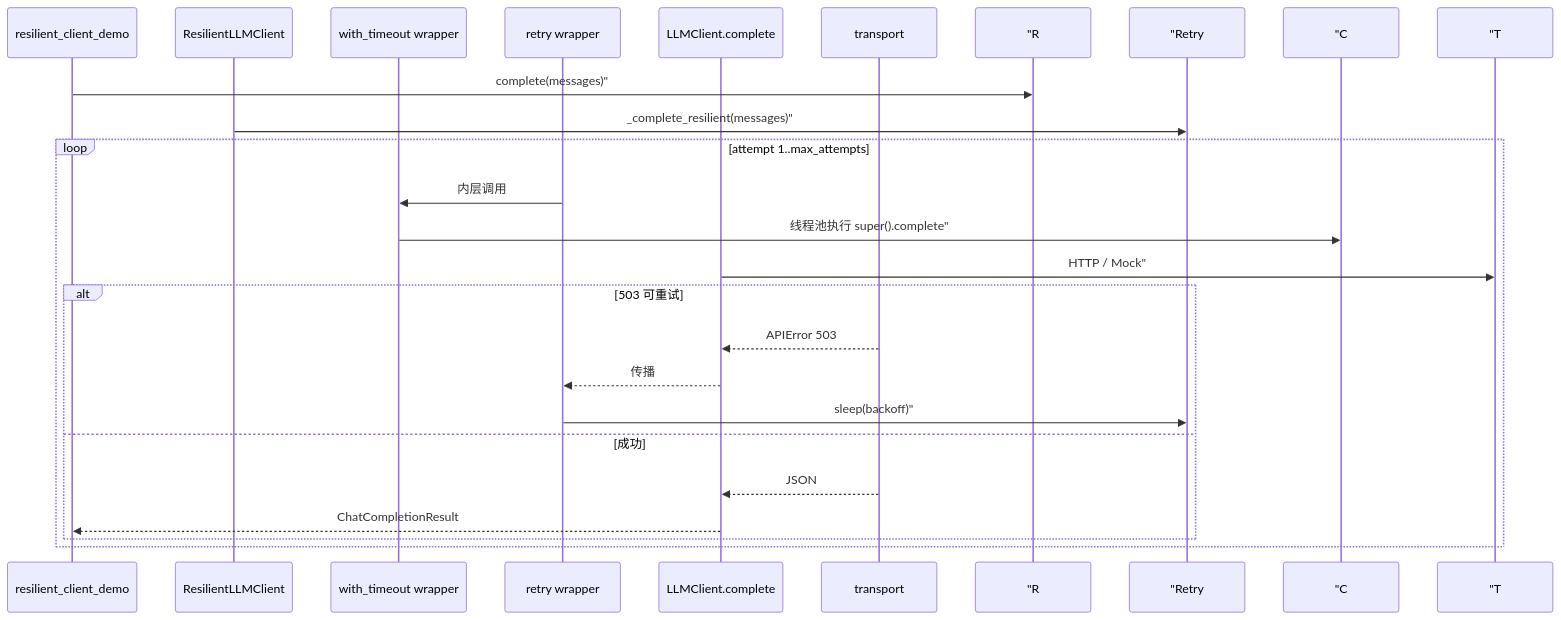
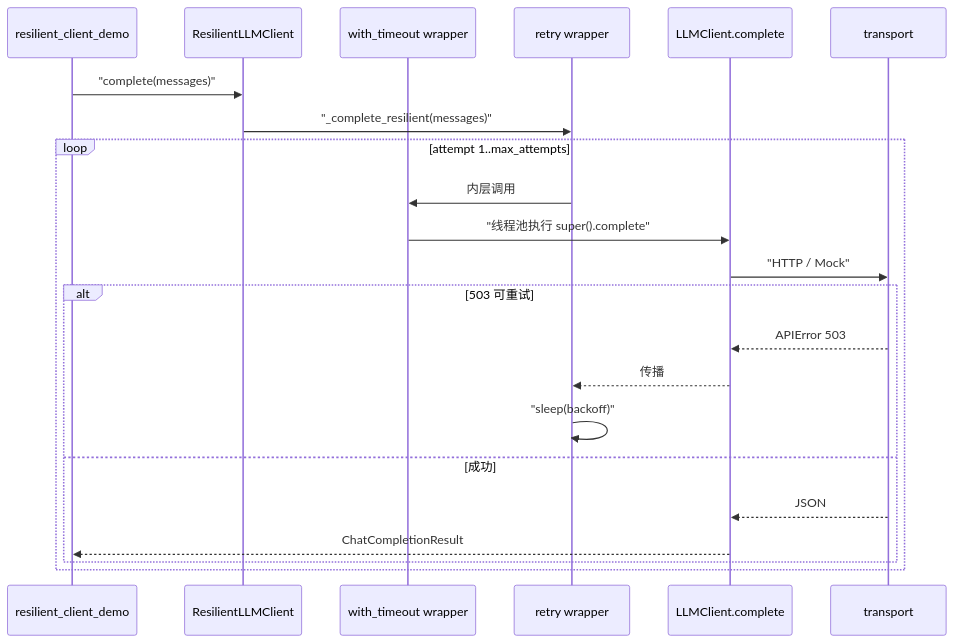
One commit to ab6539763/70_days_course_plus changed the second of 2 diagrams in course/day13/03_架构设计.md. Above: the diagram before and after it, drawn with Mermaid. The commit also changed 80 other files, not shown here.

First line of the commit message:
fix(course): 修复 Mermaid 图表渲染报错 + 同步嵌入代码快照

````diff
--- a/course/day13/03_架构设计.md
+++ b/course/day13/03_架构设计.md
@@ -40,25 +40,25 @@
 ```mermaid
 sequenceDiagram
     participant App as resilient_client_demo
     participant R as ResilientLLMClient
     participant W as with_timeout wrapper
     participant Retry as retry wrapper
     participant C as LLMClient.complete
     participant T as transport
 
-    App->> "R: complete(messages)"
-    R->> "Retry: _complete_resilient(messages)"
+    App->>R: "complete(messages)"
+    R->>Retry: "_complete_resilient(messages)"
     loop attempt 1..max_attempts
         Retry->>W: 内层调用
-        W->> "C: 线程池执行 super().complete"
-        C->> "T: HTTP / Mock"
+        W->>C: "线程池执行 super().complete"
+        C->>T: "HTTP / Mock"
         alt 503 可重试
             T-->>C: APIError 503
             C-->>Retry: 传播
-            Retry->> "Retry: sleep(backoff)"
+            Retry->>Retry: "sleep(backoff)"
         else 成功
             T-->>C: JSON
             C-->>App: ChatCompletionResult
         end
     end
 ```
````
